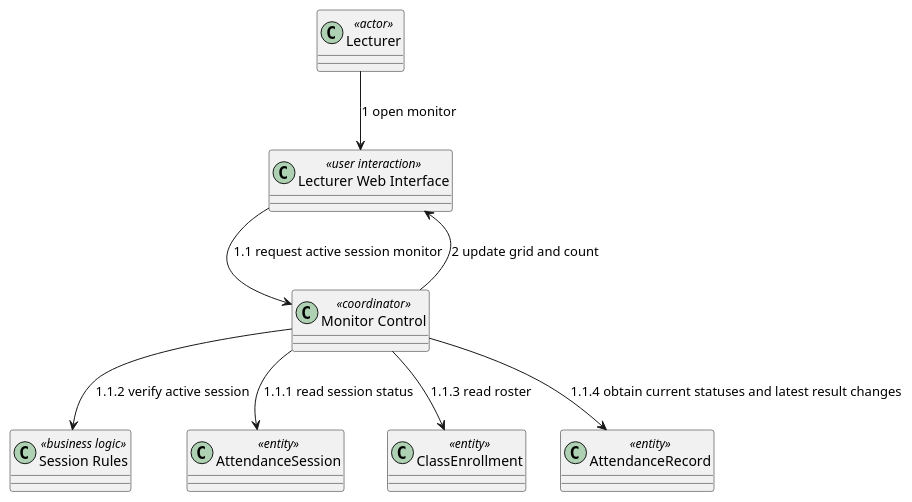
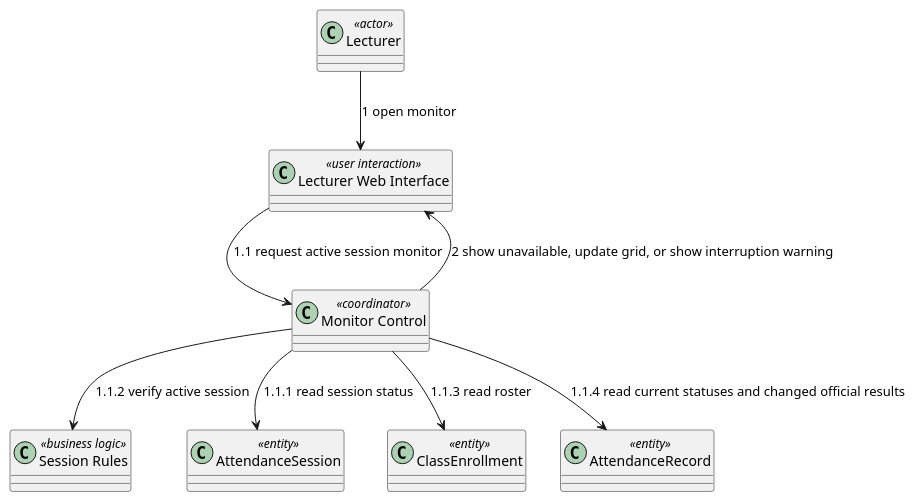
Diagram 18 of 29 in docs/sds/2_Analysis.md (nttung42/SWD392), drawn with PlantUML before and after one commit. The commit also changed other lines of this file and 5 other files, not shown here.

````diff
--- a/docs/sds/2_Analysis.md
+++ b/docs/sds/2_Analysis.md
@@ -942,19 +998,19 @@
 ```plantuml
 @startuml
 class "Lecturer" as Lecturer <<actor>>
 class "Lecturer Web Interface" as LecturerUI <<user interaction>>
 class "Monitor Control" as MonitorControl <<coordinator>>
 class "Session Rules" as SessionRules <<business logic>>
 class "AttendanceSession" as AttendanceSession <<entity>>
 class "ClassEnrollment" as ClassEnrollment <<entity>>
 class "AttendanceRecord" as AttendanceRecord <<entity>>
 
 Lecturer --> LecturerUI : 1 open monitor
 LecturerUI --> MonitorControl : 1.1 request active session monitor
 MonitorControl --> AttendanceSession : 1.1.1 read session status
 MonitorControl --> SessionRules : 1.1.2 verify active session
 MonitorControl --> ClassEnrollment : 1.1.3 read roster
-MonitorControl --> AttendanceRecord : 1.1.4 obtain current statuses and latest result changes
-MonitorControl --> LecturerUI : 2 update grid and count
+MonitorControl --> AttendanceRecord : 1.1.4 read current statuses and changed official results
+MonitorControl --> LecturerUI : 2 show unavailable, update grid, or show interruption warning
 @enduml
 ```
````
